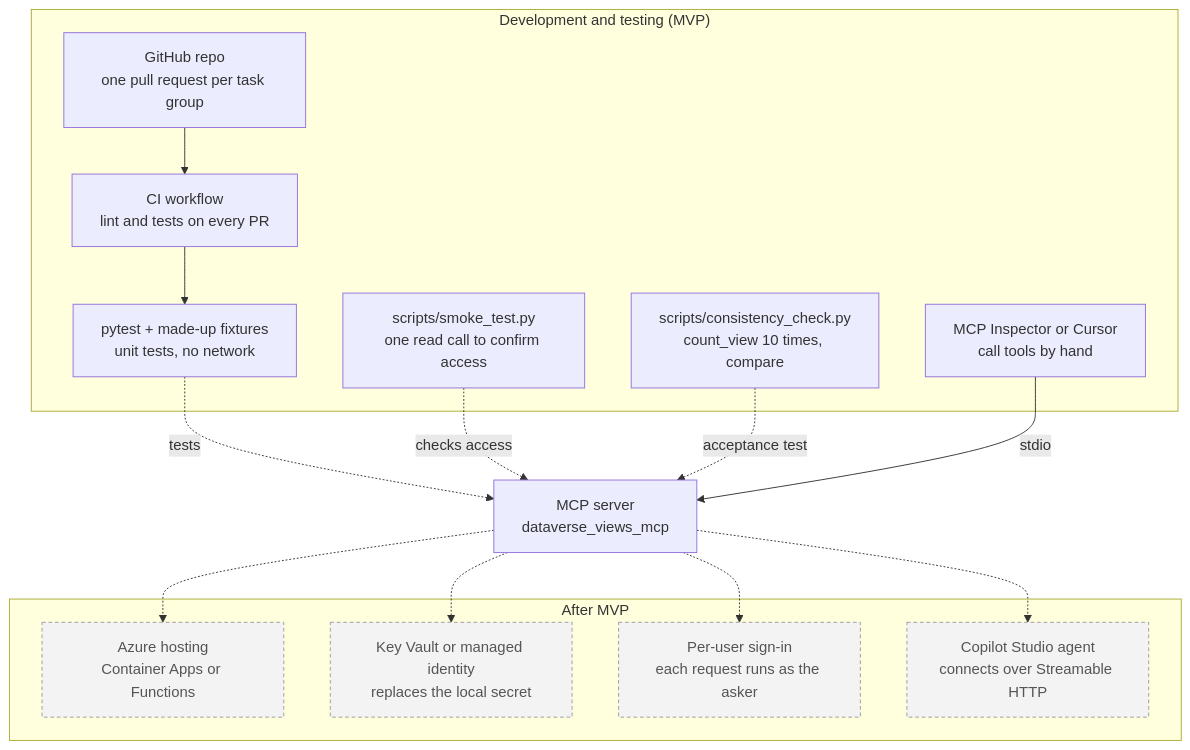
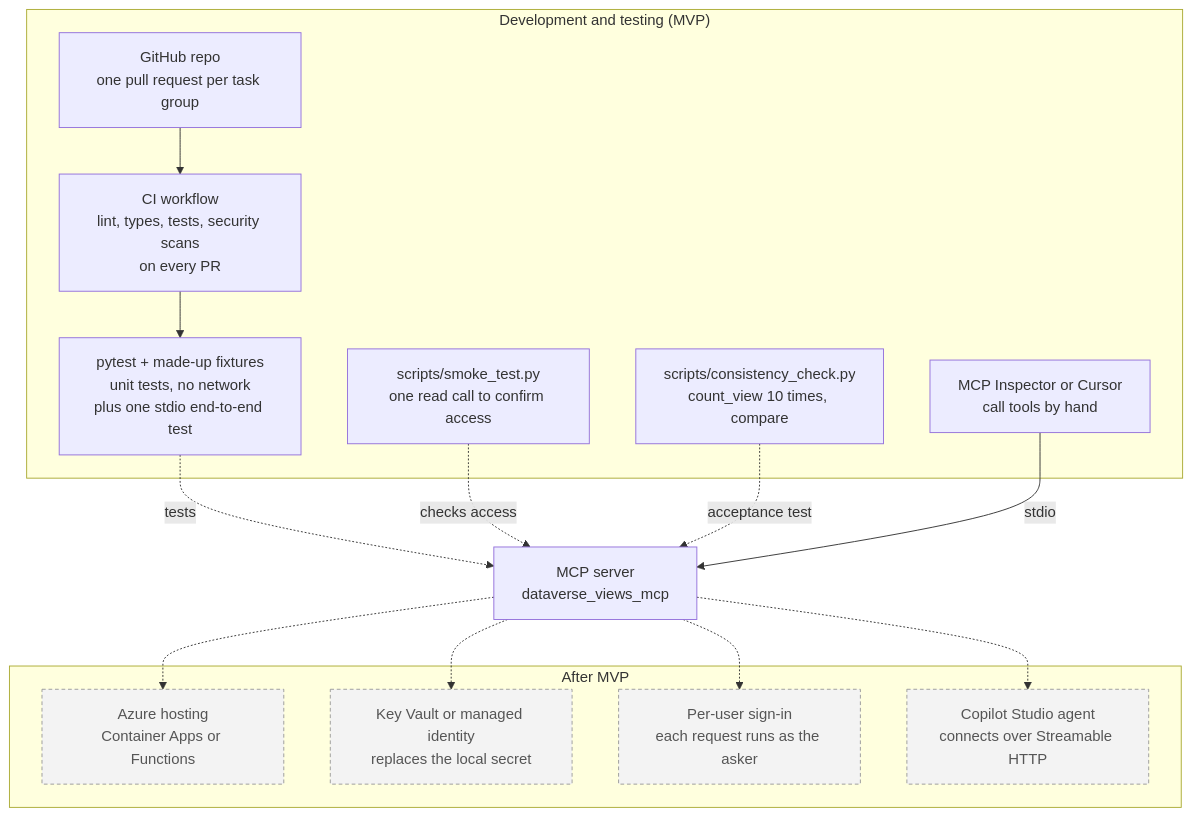
One commit to andypnguyen11-gif/dataverse-views-mcp changed the third of 3 diagrams in docs/Architecture.md. Above: the diagram before and after it, drawn with Mermaid. The commit also changed other lines of this file and 5 other files, not shown here.

````diff
--- a/docs/Architecture.md
+++ b/docs/Architecture.md
@@ -99,33 +108,33 @@
 ```mermaid
 flowchart TB
   subgraph DEV["Development and testing (MVP)"]
     GH["GitHub repo<br/>one pull request per task group"]
-    CI["CI workflow<br/>lint and tests on every PR"]
-    PYT["pytest + made-up fixtures<br/>unit tests, no network"]
+    CI["CI workflow<br/>lint, types, tests, security scans<br/>on every PR"]
+    PYT["pytest + made-up fixtures<br/>unit tests, no network<br/>plus one stdio end-to-end test"]
     SMOKE["scripts/smoke_test.py<br/>one read call to confirm access"]
     CHECK["scripts/consistency_check.py<br/>count_view 10 times, compare"]
     INSP["MCP Inspector or Cursor<br/>call tools by hand"]
   end
 
   SERVER["MCP server<br/>dataverse_views_mcp"]
 
   subgraph LATER["After MVP"]
     AZ["Azure hosting<br/>Container Apps or Functions"]
     KV["Key Vault or managed identity<br/>replaces the local secret"]
     OBO["Per-user sign-in<br/>each request runs as the asker"]
     CS["Copilot Studio agent<br/>connects over Streamable HTTP"]
   end
 
   GH --> CI --> PYT
   PYT -.->|"tests"| SERVER
   SMOKE -.->|"checks access"| SERVER
   CHECK -.->|"acceptance test"| SERVER
   INSP -->|"stdio"| SERVER
   SERVER -.-> AZ
   SERVER -.-> KV
   SERVER -.-> OBO
   SERVER -.-> CS
 
   classDef later fill:#F3F3F3,stroke:#9A9A9A,color:#555555,stroke-dasharray: 4 3;
   class AZ,KV,OBO,CS later;
 ```
````
